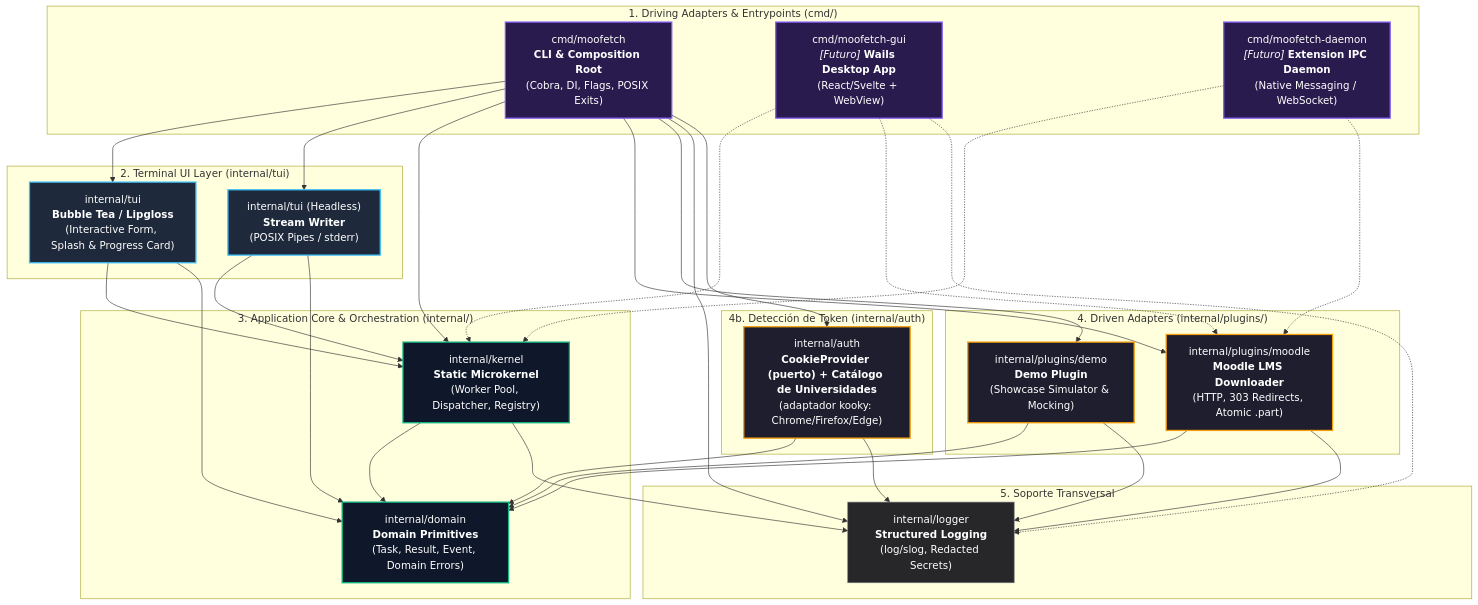
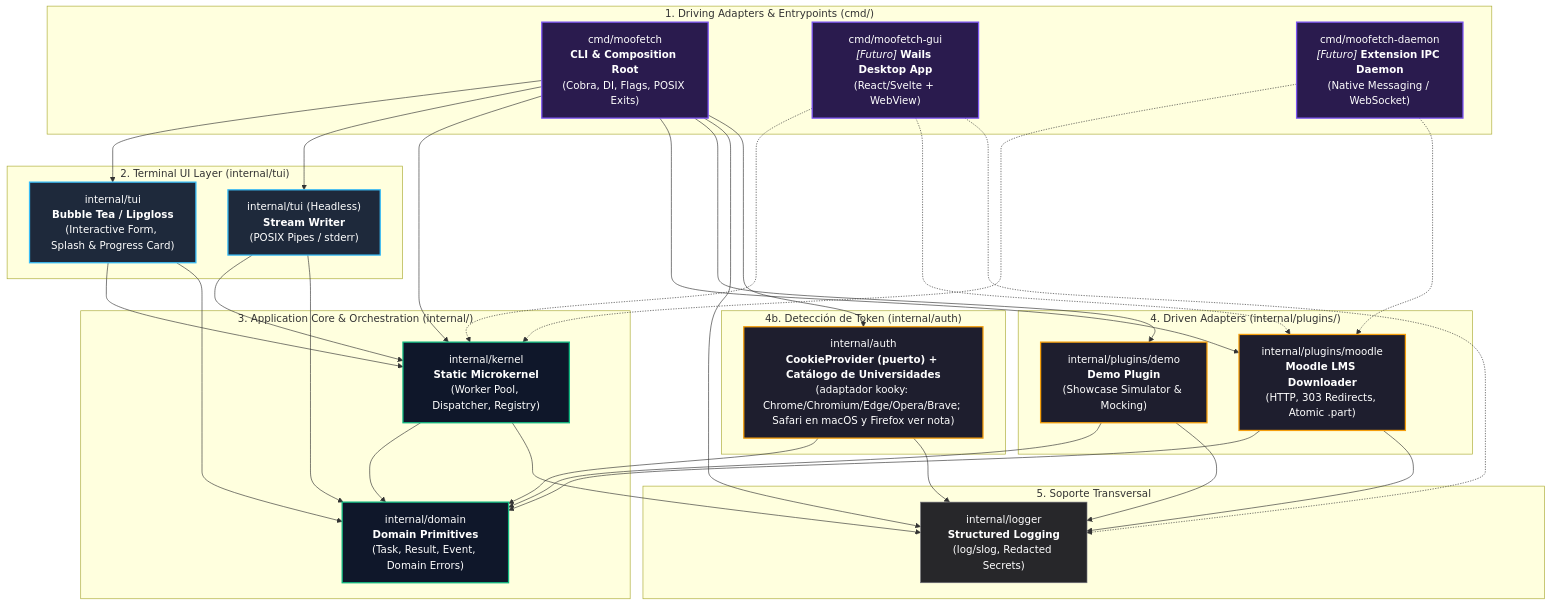
The diagram in docs/architecture.md (sebasinmas/MooFetch), drawn with Mermaid before and after one commit. The commit also changed other lines of this file and 15 other files, not shown here.

```diff
--- a/docs/architecture.md
+++ b/docs/architecture.md
@@ -55,7 +55,7 @@
     end
 
     subgraph Auth ["4b. Detección de Token (internal/auth)"]
-        AUTH["internal/auth<br/><b>CookieProvider (puerto) + Catálogo de Universidades</b><br/>(adaptador kooky: Chrome/Firefox/Edge)"]
+        AUTH["internal/auth<br/><b>CookieProvider (puerto) + Catálogo de Universidades</b><br/>(adaptador kooky: Chrome/Chromium/Edge/Opera/Brave; Safari en macOS y Firefox ver nota)"]
     end
 
     subgraph CrossCutting ["5. Soporte Transversal"]
```
